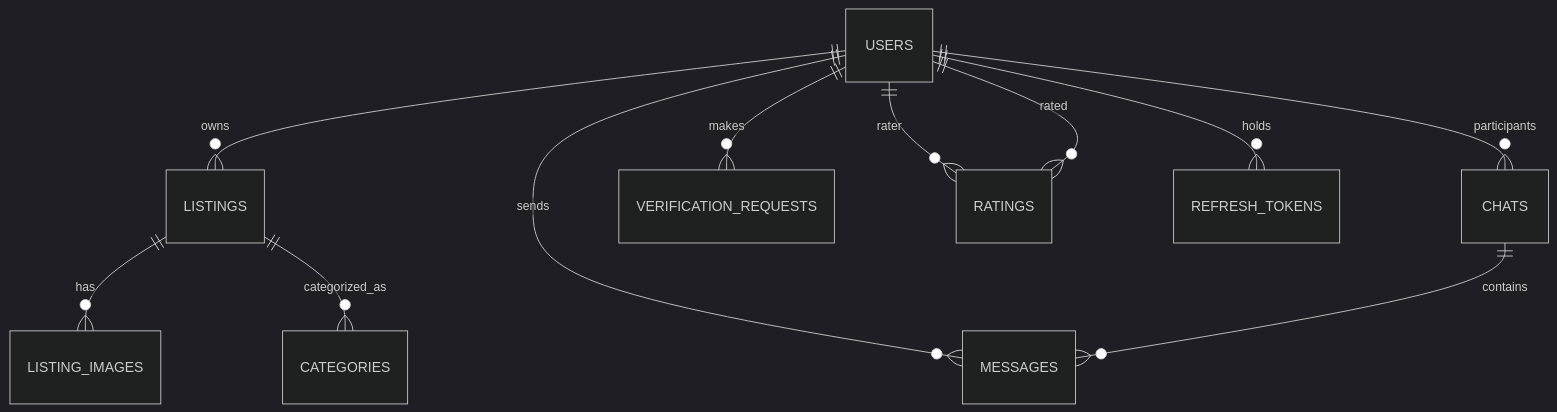
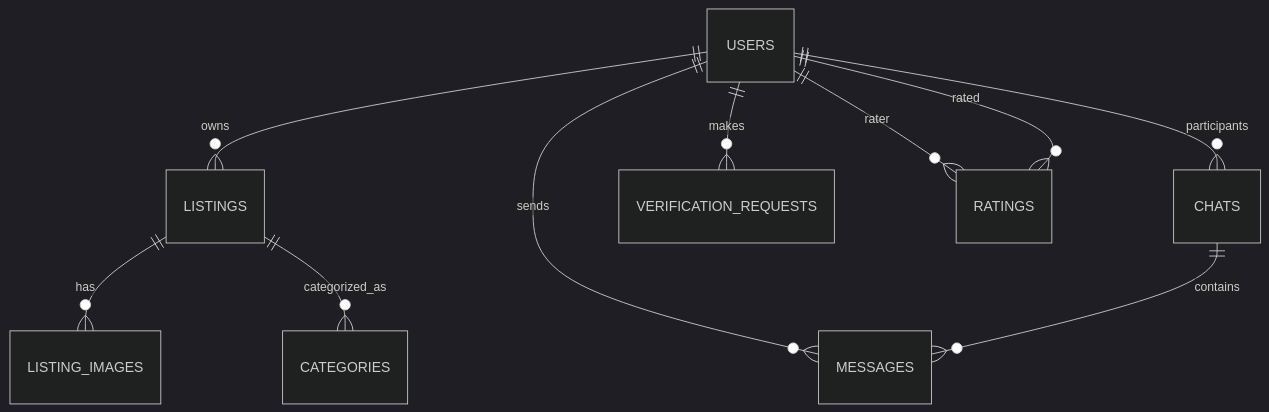
Before and after one commit to Bosiakoba/UniMarket: the first of 2 diagrams in md/deep-research-report.md, drawn with Mermaid (dark theme). The commit also changed other lines of this file and 2 other files, not shown here.

````diff
--- a/md/deep-research-report.md
+++ b/md/deep-research-report.md
@@ -186,13 +231,12 @@
 ```mermaid
 erDiagram
     USERS ||--o{ LISTINGS : "owns"
     USERS ||--o{ CHATS : "participants"
     LISTINGS ||--o{ LISTING_IMAGES : "has"
     USERS ||--o{ MESSAGES : "sends"
     CHATS ||--o{ MESSAGES : "contains"
     USERS ||--o{ VERIFICATION_REQUESTS : "makes"
     USERS ||--o{ RATINGS : "rater"
     USERS ||--o{ RATINGS : "rated"
     LISTINGS ||--o{ CATEGORIES : "categorized_as"
-    USERS ||--o{ REFRESH_TOKENS : "holds"
 ```
````
